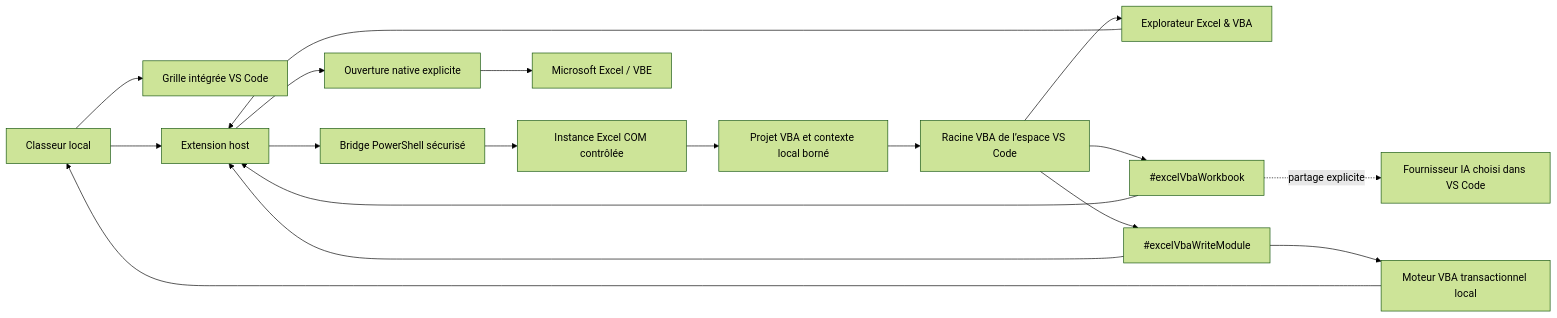
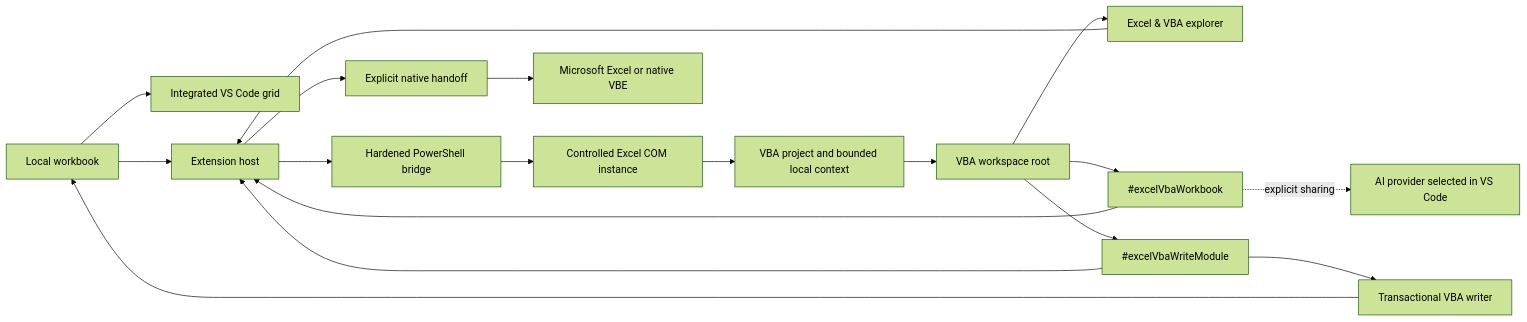
Before and after one commit to StephaneSGL/excel-ai-vba-studio: the diagram in README.md, drawn with Mermaid (forest theme). The commit also changed other lines of this file, not shown here.

````diff
--- a/README.md
+++ b/README.md
@@ -123,20 +118,20 @@
 ```mermaid
 flowchart LR
-  File["Classeur local"] --> Grid["Grille intégrée VS Code"]
+  File["Local workbook"] --> Grid["Integrated VS Code grid"]
   File --> Host["Extension host"]
-  Explorer["Explorateur Excel & VBA"] --> Host
-  Tool["#excelVbaWorkbook"] --> Host
+  Explorer["Excel & VBA explorer"] --> Host
+  ReadTool["#excelVbaWorkbook"] --> Host
   WriteTool["#excelVbaWriteModule"] --> Host
-  Host --> Bridge["Bridge PowerShell sécurisé"]
-  Bridge --> Excel["Instance Excel COM contrôlée"]
-  Excel --> Export["Projet VBA et contexte local borné"]
-  Export --> Workspace["Racine VBA de l’espace VS Code"]
+  Host --> Bridge["Hardened PowerShell bridge"]
+  Bridge --> Excel["Controlled Excel COM instance"]
+  Excel --> Export["VBA project and bounded local context"]
+  Export --> Workspace["VBA workspace root"]
   Workspace --> Explorer
-  Workspace --> Tool
+  Workspace --> ReadTool
   Workspace --> WriteTool
-  WriteTool --> Writer["Moteur VBA transactionnel local"]
+  WriteTool --> Writer["Transactional VBA writer"]
   Writer --> File
-  Host --> Launcher["Ouverture native explicite"]
-  Launcher --> ExcelUi["Microsoft Excel / VBE"]
-  Tool -. "partage explicite" .-> AI["Fournisseur IA choisi dans VS Code"]
+  Host --> Launcher["Explicit native handoff"]
+  Launcher --> ExcelUi["Microsoft Excel or native VBE"]
+  ReadTool -. "explicit sharing" .-> AI["AI provider selected in VS Code"]
 ```
````
